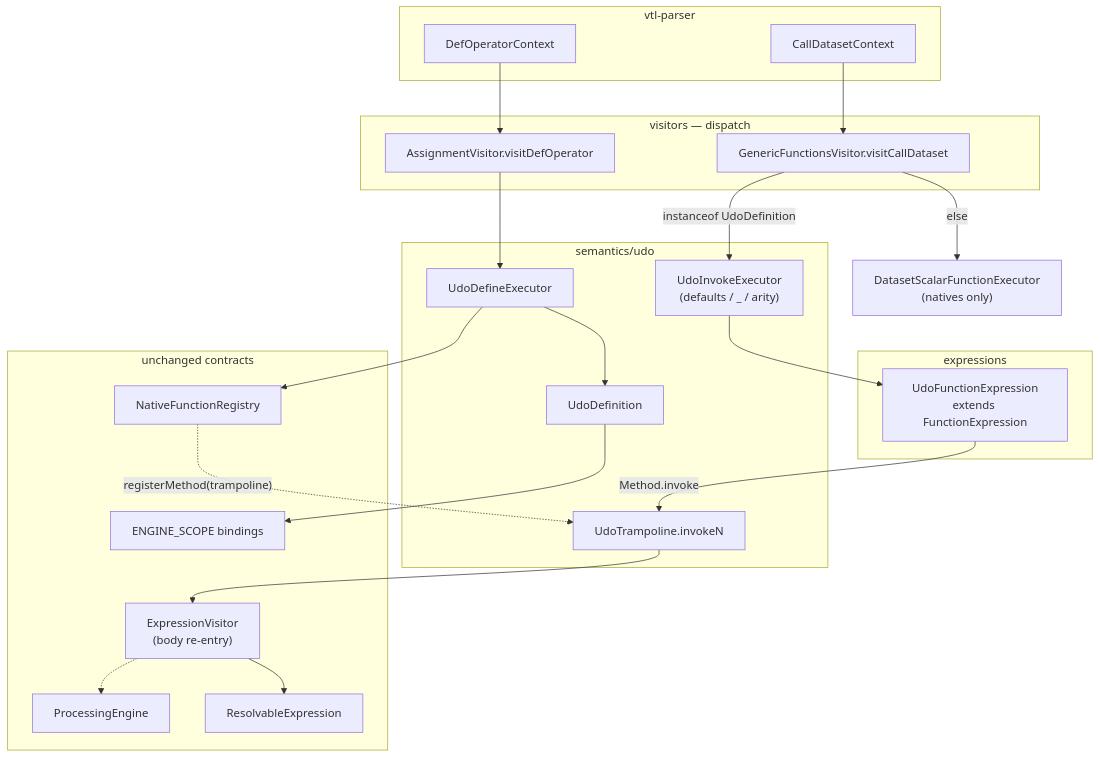
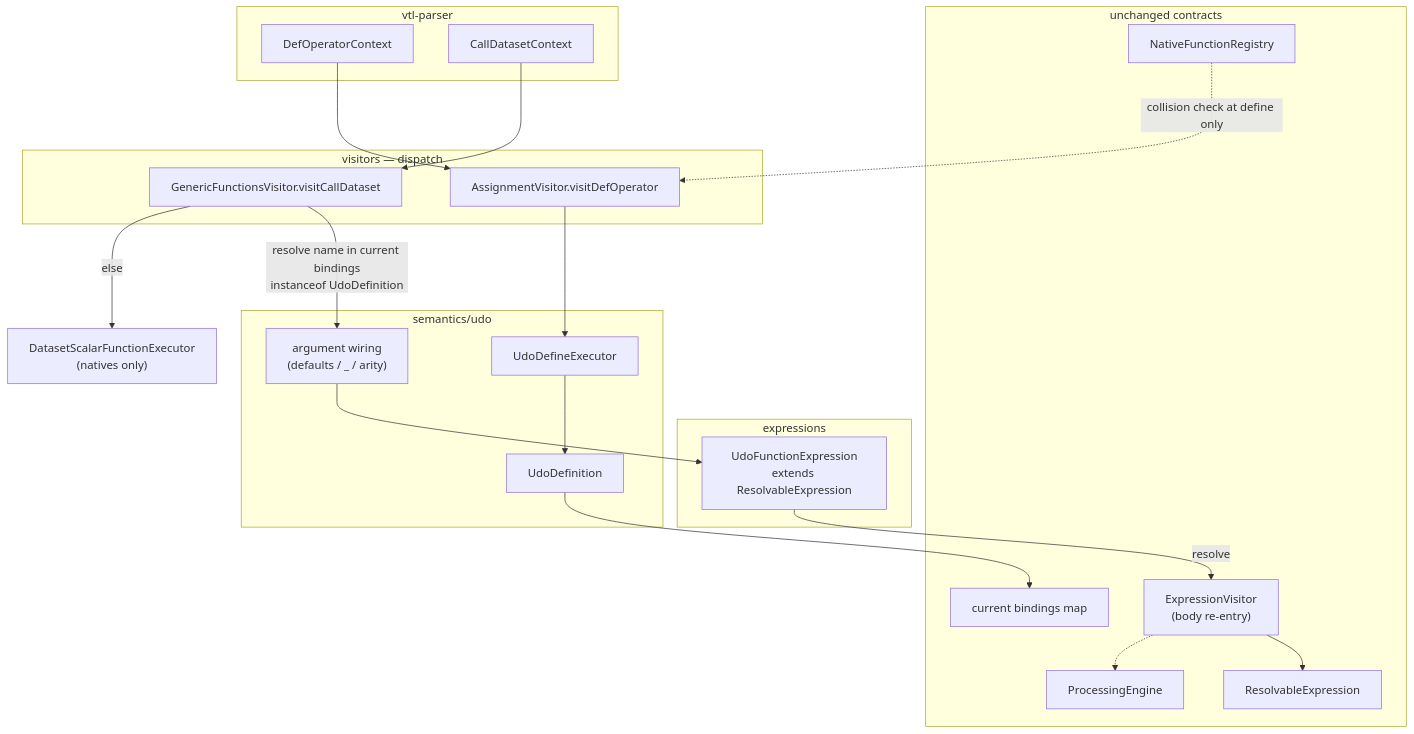
The diagram in vtl-engine/specs/udo/01-architecture.md (InseeFr/Trevas), drawn with Mermaid before and after one commit. The commit also changed other lines of this file and 11 other files, not shown here.

Commit message:
Retarget specs after review (bindings + ResolvableExpression)

````diff
--- a/vtl-engine/specs/udo/01-architecture.md
+++ b/vtl-engine/specs/udo/01-architecture.md
@@ -9,44 +11,41 @@
 ```mermaid
 flowchart TB
   subgraph parse["vtl-parser"]
     DEF["DefOperatorContext"]
     CALL["CallDatasetContext"]
   end
 
   subgraph visitors["visitors — dispatch"]
     AV["AssignmentVisitor.visitDefOperator"]
     GFV["GenericFunctionsVisitor.visitCallDataset"]
   end
 
   subgraph semantics["semantics/udo"]
     DEFEX["UdoDefineExecutor"]
-    INVEX["UdoInvokeExecutor\n(defaults / _ / arity)"]
-    TRAMP["UdoTrampoline.invokeN"]
+    WIRE["argument wiring\n(defaults / _ / arity)"]
     UDO["UdoDefinition"]
   end
 
   subgraph expr["expressions"]
-    UFE["UdoFunctionExpression\nextends FunctionExpression"]
+    UFE["UdoFunctionExpression\nextends ResolvableExpression"]
   end
 
   subgraph model["unchanged contracts"]
-    BIND["ENGINE_SCOPE bindings"]
+    BIND["current bindings map"]
     REG["NativeFunctionRegistry"]
     EV["ExpressionVisitor\n(body re-entry)"]
     PE["ProcessingEngine"]
     RE["ResolvableExpression"]
   end
 
   DEF --> AV --> DEFEX --> UDO
   UDO --> BIND
-  DEFEX --> REG
-  REG -.->|"registerMethod(trampoline)"| TRAMP
 
   CALL --> GFV
-  GFV -->|"instanceof UdoDefinition"| INVEX
+  GFV -->|"resolve name in current bindings\ninstanceof UdoDefinition"| WIRE
   GFV -->|"else"| NAT["DatasetScalarFunctionExecutor\n(natives only)"]
-  INVEX --> UFE
-  UFE -->|"Method.invoke"| TRAMP
-  TRAMP --> EV --> RE
+  WIRE --> UFE
+  UFE -->|"resolve"| EV --> RE
   EV -.-> PE
+  REG -.->|"collision check at define only"| AV
 ```
````
